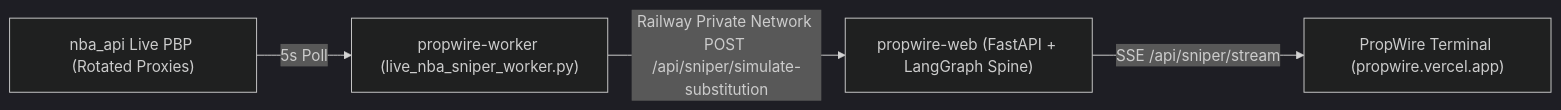
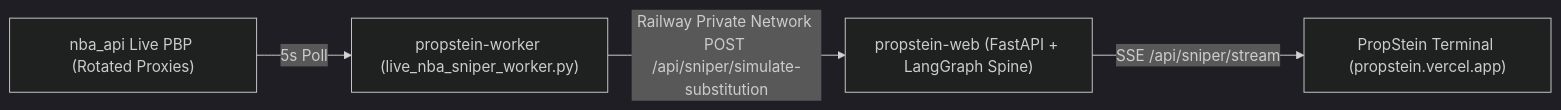
Before and after one commit to NickAiNYC/PropWire: the diagram in docs/deployment.md, drawn with Mermaid (dark theme). The commit also changed other lines of this file and 8 other files, not shown here.

Commit message:
Rebrand PropWire references to PropStein across docs, UI text, and config.

````diff
--- a/docs/deployment.md
+++ b/docs/deployment.md
@@ -10,6 +10,6 @@
 ```mermaid
 flowchart LR
-    NBA["nba_api Live PBP (Rotated Proxies)"] -->|5s Poll| Worker["propwire-worker (live_nba_sniper_worker.py)"]
-    Worker -->|Railway Private Network POST /api/sniper/simulate-substitution| Web["propwire-web (FastAPI + LangGraph Spine)"]
-    Web -->|SSE /api/sniper/stream| UI["PropWire Terminal (propwire.vercel.app)"]
+    NBA["nba_api Live PBP (Rotated Proxies)"] -->|5s Poll| Worker["propstein-worker (live_nba_sniper_worker.py)"]
+    Worker -->|Railway Private Network POST /api/sniper/simulate-substitution| Web["propstein-web (FastAPI + LangGraph Spine)"]
+    Web -->|SSE /api/sniper/stream| UI["PropStein Terminal (propstein.vercel.app)"]
 ```
````
